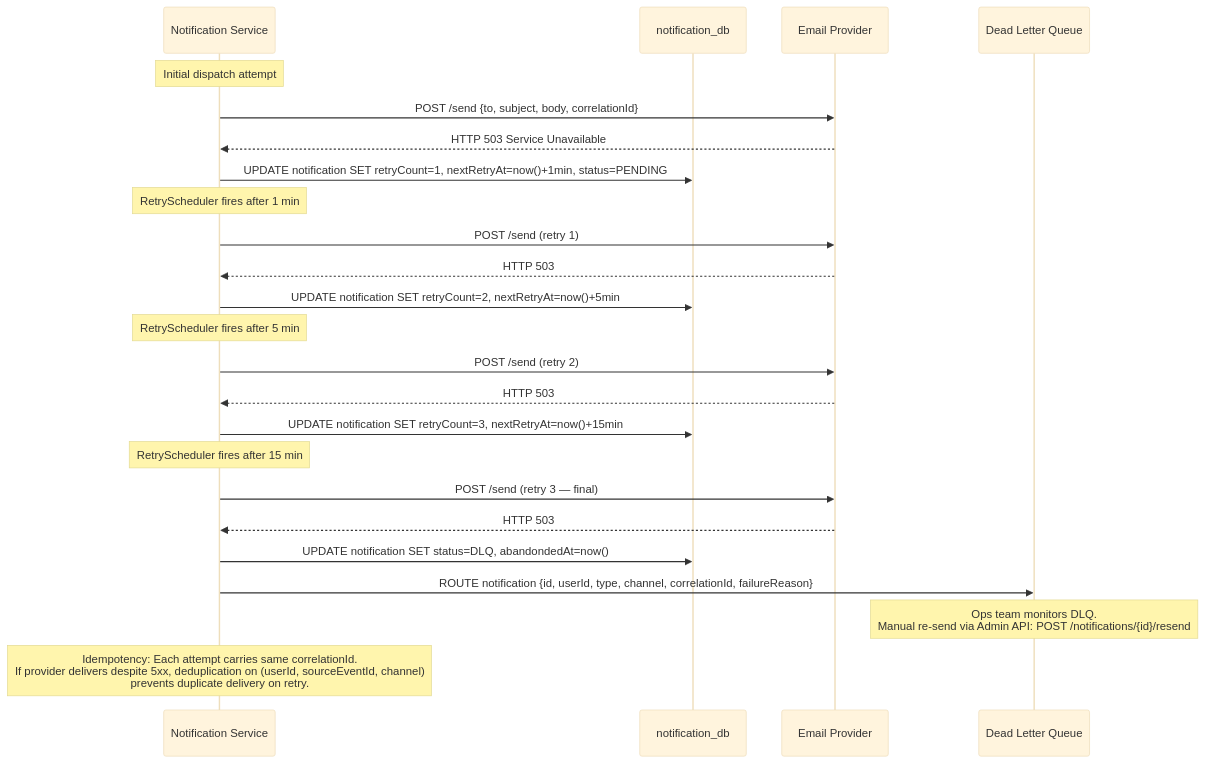
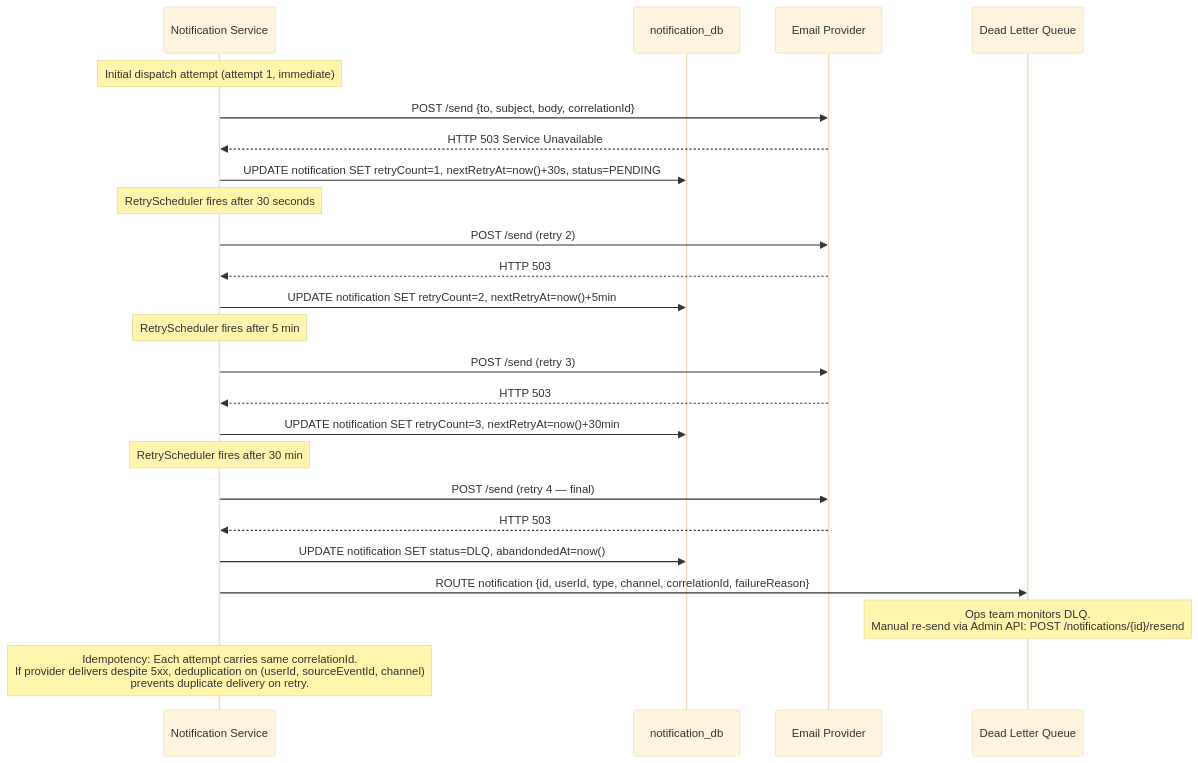
Before and after one commit to minoltan/ecommerce-platform: diagram 11 of 12 in docs/hld/sequence-diagrams.md, drawn with Mermaid (base theme). The commit also changed other lines of this file and 9 other files, not shown here.

````diff
--- a/docs/hld/sequence-diagrams.md
+++ b/docs/hld/sequence-diagrams.md
@@ -508,36 +508,36 @@
 ```mermaid
 sequenceDiagram
     participant NS as Notification Service
     participant NDB as notification_db
     participant Email as Email Provider
     participant DLQ as Dead Letter Queue
 
-    Note over NS: Initial dispatch attempt
+    Note over NS: Initial dispatch attempt (attempt 1, immediate)
     NS->>Email: POST /send {to, subject, body, correlationId}
     Email-->>NS: HTTP 503 Service Unavailable
 
-    NS->>NDB: UPDATE notification SET retryCount=1, nextRetryAt=now()+1min, status=PENDING
+    NS->>NDB: UPDATE notification SET retryCount=1, nextRetryAt=now()+30s, status=PENDING
 
-    Note over NS: RetryScheduler fires after 1 min
-    NS->>Email: POST /send (retry 1)
+    Note over NS: RetryScheduler fires after 30 seconds
+    NS->>Email: POST /send (retry 2)
     Email-->>NS: HTTP 503
 
     NS->>NDB: UPDATE notification SET retryCount=2, nextRetryAt=now()+5min
 
     Note over NS: RetryScheduler fires after 5 min
-    NS->>Email: POST /send (retry 2)
+    NS->>Email: POST /send (retry 3)
     Email-->>NS: HTTP 503
 
-    NS->>NDB: UPDATE notification SET retryCount=3, nextRetryAt=now()+15min
+    NS->>NDB: UPDATE notification SET retryCount=3, nextRetryAt=now()+30min
 
-    Note over NS: RetryScheduler fires after 15 min
-    NS->>Email: POST /send (retry 3 — final)
+    Note over NS: RetryScheduler fires after 30 min
+    NS->>Email: POST /send (retry 4 — final)
     Email-->>NS: HTTP 503
 
     NS->>NDB: UPDATE notification SET status=DLQ, abandondedAt=now()
     NS->>DLQ: ROUTE notification {id, userId, type, channel, correlationId, failureReason}
 
     Note over DLQ: Ops team monitors DLQ.<br/>Manual re-send via Admin API: POST /notifications/{id}/resend
 
     Note over NS: Idempotency: Each attempt carries same correlationId.<br/>If provider delivers despite 5xx, deduplication on (userId, sourceEventId, channel)<br/>prevents duplicate delivery on retry.
 ```
````
